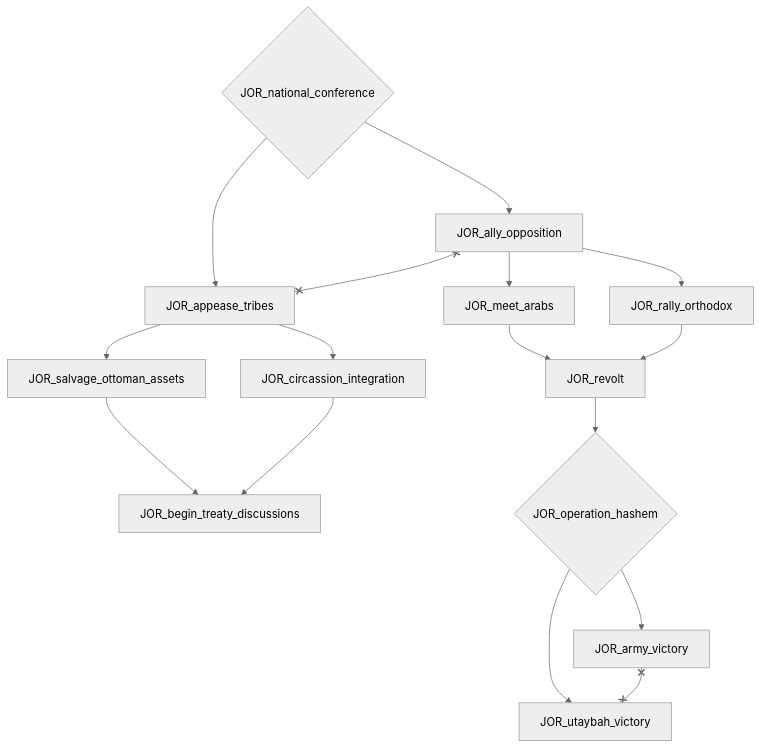
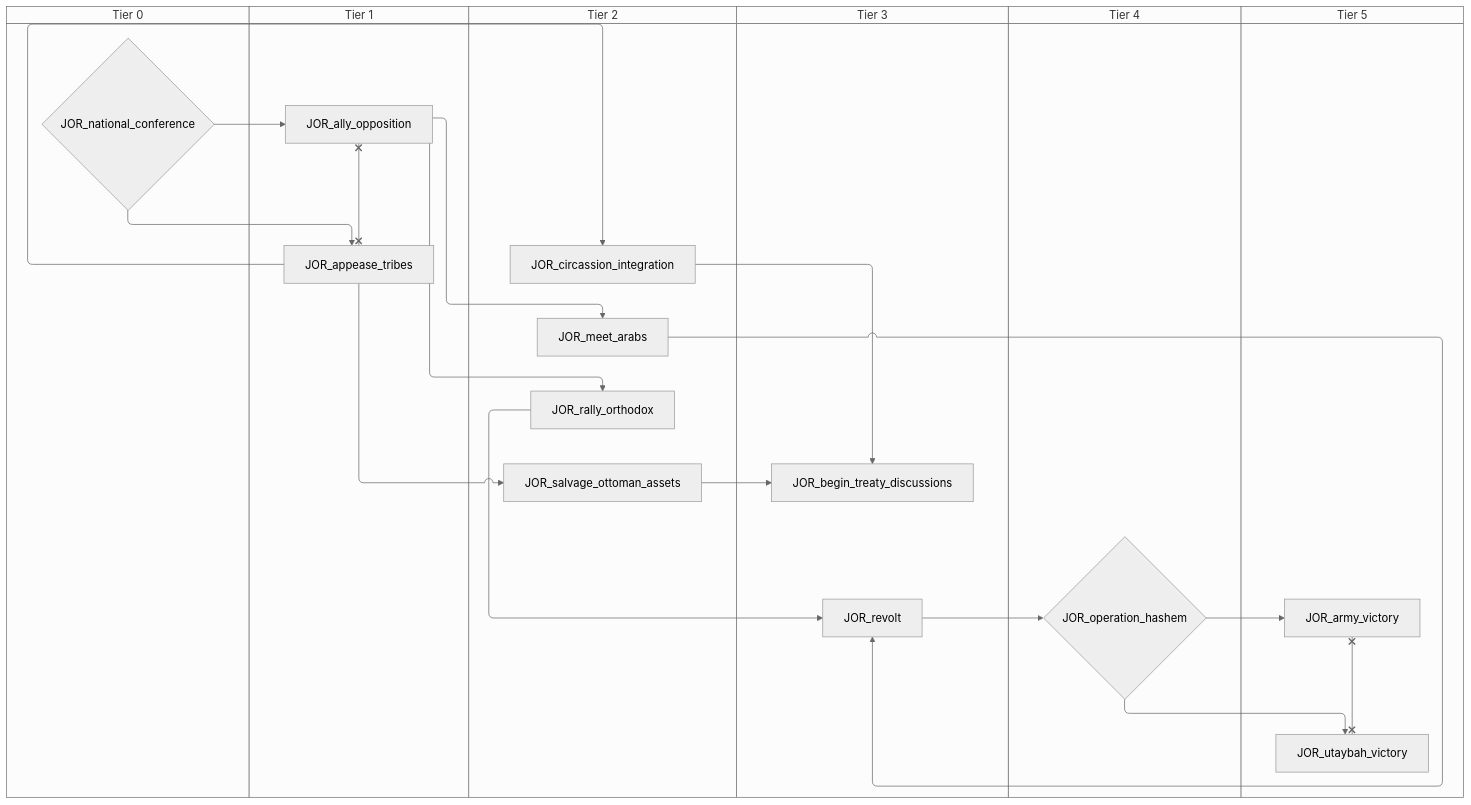
The diagram in docs/gdd/National Focuses/r56/jordan.md (evgeny-sobol/hoi4-sandbox-mode-r56), drawn with Mermaid (neutral theme) before and after one commit. The commit also changed 423 other files, not shown here.

First line of the commit message:
Re-export Rt56 focus trees as swimlane diagrams

````diff
--- a/docs/gdd/National Focuses/r56/jordan.md
+++ b/docs/gdd/National Focuses/r56/jordan.md
@@ -3,30 +3,42 @@
 ```mermaid
-flowchart TD
-    n1["JOR_ally_opposition"]
-    n2["JOR_appease_tribes"]
-    n3["JOR_army_victory"]
-    n4["JOR_begin_treaty_discussions"]
-    n5["JOR_circassion_integration"]
-    n6["JOR_meet_arabs"]
-    n7{"JOR_national_conference"}
-    n8{"JOR_operation_hashem"}
-    n9["JOR_rally_orthodox"]
-    n10["JOR_revolt"]
-    n11["JOR_salvage_ottoman_assets"]
-    n12["JOR_utaybah_victory"]
-    n7 --> n1
-    n7 --> n2
-    n8 --> n3
-    n11 --> n4
-    n5 --> n4
+swimlane-beta TD
+    subgraph tier_0["Tier 0"]
+        n1{"JOR_national_conference"}
+    end
+    subgraph tier_1["Tier 1"]
+        n2["JOR_ally_opposition"]
+        n3["JOR_appease_tribes"]
+    end
+    subgraph tier_2["Tier 2"]
+        n4["JOR_circassion_integration"]
+        n5["JOR_meet_arabs"]
+        n6["JOR_rally_orthodox"]
+        n7["JOR_salvage_ottoman_assets"]
+    end
+    subgraph tier_3["Tier 3"]
+        n8["JOR_begin_treaty_discussions"]
+        n9["JOR_revolt"]
+    end
+    subgraph tier_4["Tier 4"]
+        n10{"JOR_operation_hashem"}
+    end
+    subgraph tier_5["Tier 5"]
+        n11["JOR_army_victory"]
+        n12["JOR_utaybah_victory"]
+    end
+    n1 --> n2
+    n1 --> n3
+    n10 --> n11
+    n7 --> n8
+    n4 --> n8
+    n3 --> n4
     n2 --> n5
-    n1 --> n6
-    n10 --> n8
-    n1 --> n9
-    n6 --> n10
     n9 --> n10
-    n2 --> n11
-    n8 --> n12
-    n1 x--x n2
-    n3 x--x n12
+    n2 --> n6
+    n5 --> n9
+    n6 --> n9
+    n3 --> n7
+    n10 --> n12
+    n2 x--x n3
+    n11 x--x n12
 ```
````
